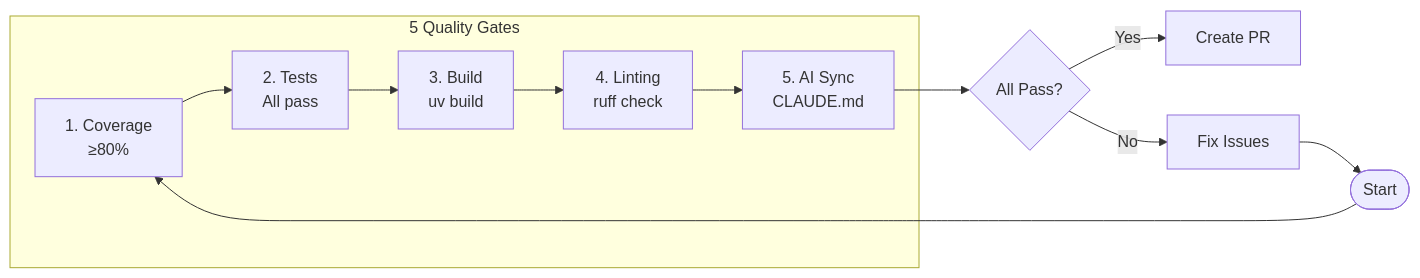
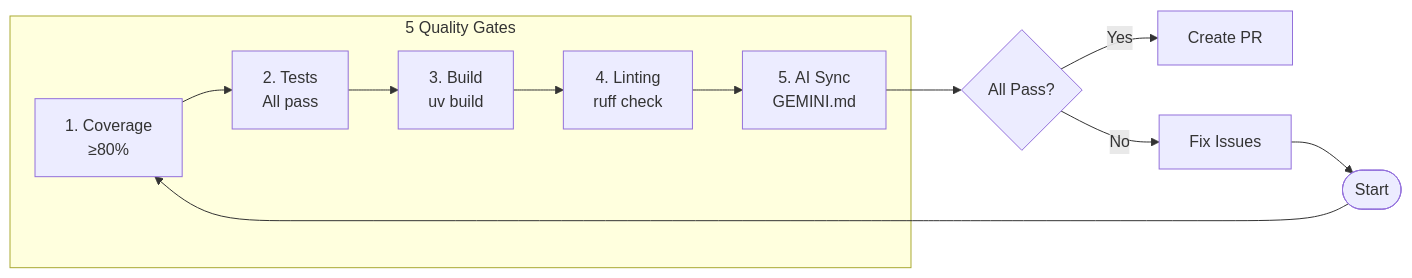
Before and after one commit to stharrold/stharrold-templates: the third of 6 diagrams in docs/reference/workflow-diagram.md, drawn with Mermaid. The commit also changed 699 other files, not shown here.

````diff
--- a/docs/reference/workflow-diagram.md
+++ b/docs/reference/workflow-diagram.md
@@ -56,18 +56,18 @@
 ```mermaid
 flowchart LR
     subgraph Gates["5 Quality Gates"]
         G1[1. Coverage<br/>≥80%]
         G2[2. Tests<br/>All pass]
         G3[3. Build<br/>uv build]
         G4[4. Linting<br/>ruff check]
-        G5[5. AI Sync<br/>CLAUDE.md]
+        G5[5. AI Sync<br/>GEMINI.md]
 
         G1 --> G2 --> G3 --> G4 --> G5
     end
 
     Start([Start]) --> G1
     G5 --> Pass{All Pass?}
     Pass -->|Yes| PR[Create PR]
     Pass -->|No| Fix[Fix Issues]
     Fix --> Start
 ```
````
